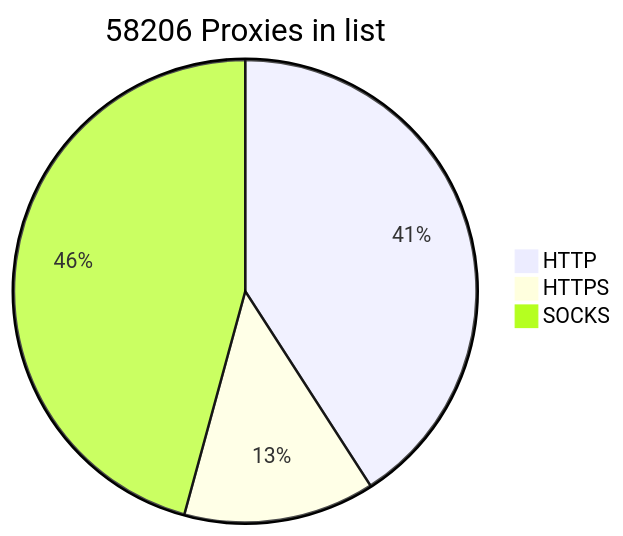
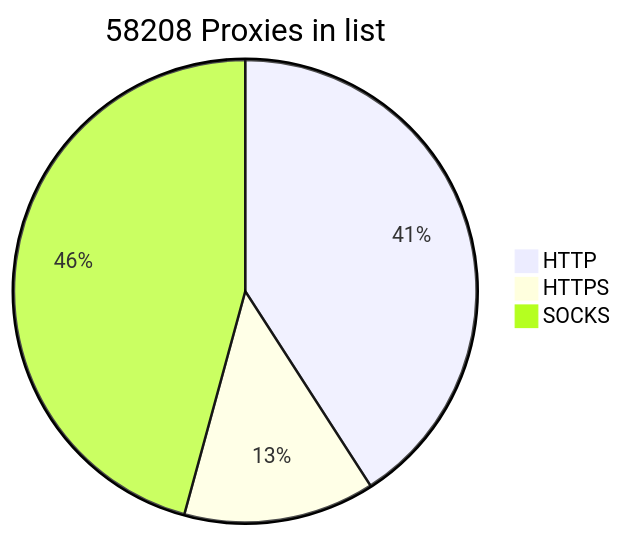
One commit to BlackSnowDot/proxylist-update-every-minute changed the diagram in README.md. Above: the diagram before and after it, drawn with Mermaid.

````diff
--- a/README.md
+++ b/README.md
@@ -2,6 +2,6 @@
 ```mermaid
-pie title 58206 Proxies in list
-    "HTTP" : 26818
-    "HTTPS": 8754
+pie title 58208 Proxies in list
+    "HTTP" : 26820
+    "HTTPS": 8756
     "SOCKS" : 30008
 ```
````
